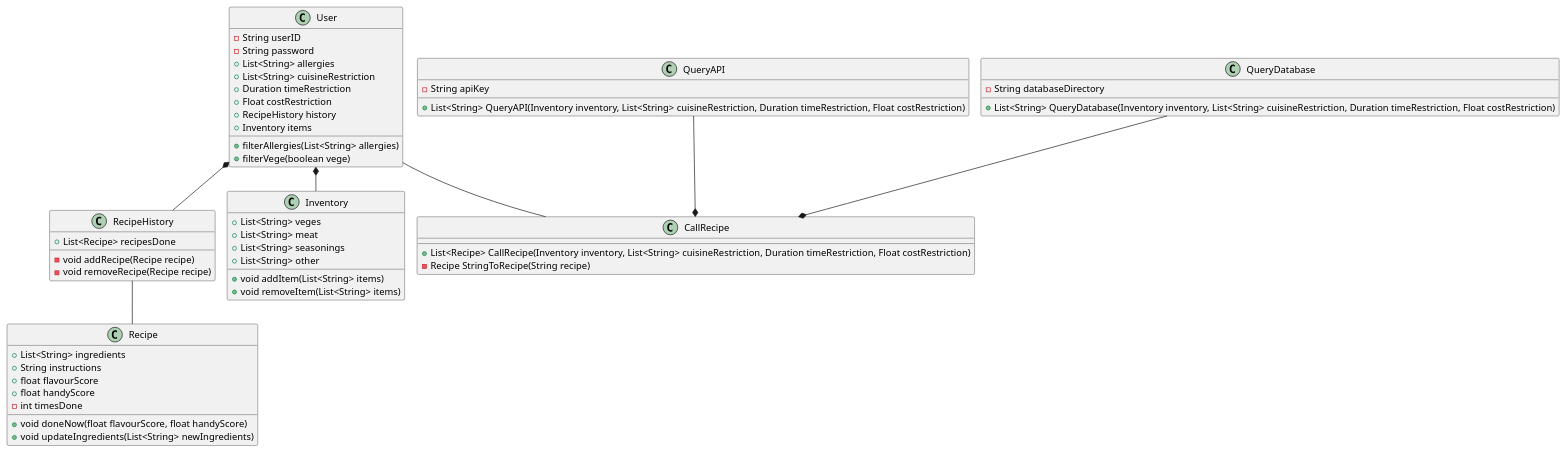
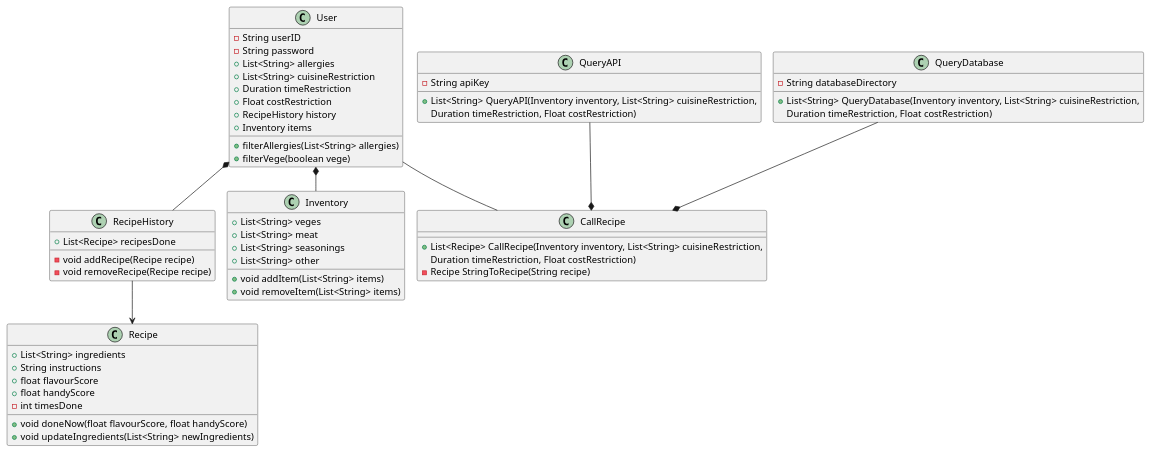
Before and after one commit to JohnZHANGFZ/207_group_project: the diagram in original_UML.puml, drawn with PlantUML. The commit also changed 1 other file, not shown here.

```diff
--- a/original_UML.puml
+++ b/original_UML.puml
@@ -1,71 +1,74 @@
 @startuml
 !pragma layout smetana
 'https://plantuml.com/sequence-diagram
 
 class User {
 -String userID
 -String password
 +List<String> allergies
 +List<String> cuisineRestriction
 +Duration timeRestriction
 +Float costRestriction
 +RecipeHistory history
 +Inventory items
 
 + filterAllergies(List<String> allergies)
 + filterVege(boolean vege)
 }
 
 class RecipeHistory{
 +List<Recipe> recipesDone
 
 -void addRecipe(Recipe recipe)
 -void removeRecipe(Recipe recipe)
 }
 
 class Recipe{
 +List<String> ingredients
 +String instructions
 +float flavourScore
 +float handyScore
 -int timesDone
 
 +void doneNow(float flavourScore, float handyScore)
 +void updateIngredients(List<String> newIngredients)
 }
 
 class Inventory {
 +List<String> veges
 +List<String> meat
 +List<String> seasonings
 +List<String> other
 
 +void addItem(List<String> items)
 +void removeItem(List<String> items)
 }
 
 
 
 class CallRecipe {
-+List<Recipe> CallRecipe(Inventory inventory, List<String> cuisineRestriction, Duration timeRestriction, Float costRestriction)
++List<Recipe> CallRecipe(Inventory inventory, List<String> cuisineRestriction,
+ Duration timeRestriction, Float costRestriction)
 -Recipe StringToRecipe(String recipe)
 }
 
 class QueryAPI {
 -String apiKey
-+List<String> QueryAPI(Inventory inventory, List<String> cuisineRestriction, Duration timeRestriction, Float costRestriction)
++List<String> QueryAPI(Inventory inventory, List<String> cuisineRestriction,
+Duration timeRestriction, Float costRestriction)
 }
 
 class QueryDatabase {
 -String databaseDirectory
-+List<String> QueryDatabase(Inventory inventory, List<String> cuisineRestriction, Duration timeRestriction, Float costRestriction)
++List<String> QueryDatabase(Inventory inventory, List<String> cuisineRestriction,
+Duration timeRestriction, Float costRestriction)
 }
 
-RecipeHistory -- Recipe
+RecipeHistory --> Recipe
 User *-- Inventory
 User *-- RecipeHistory
 QueryAPI --* CallRecipe
 QueryDatabase --* CallRecipe
 User -- CallRecipe
 
 @enduml
```
